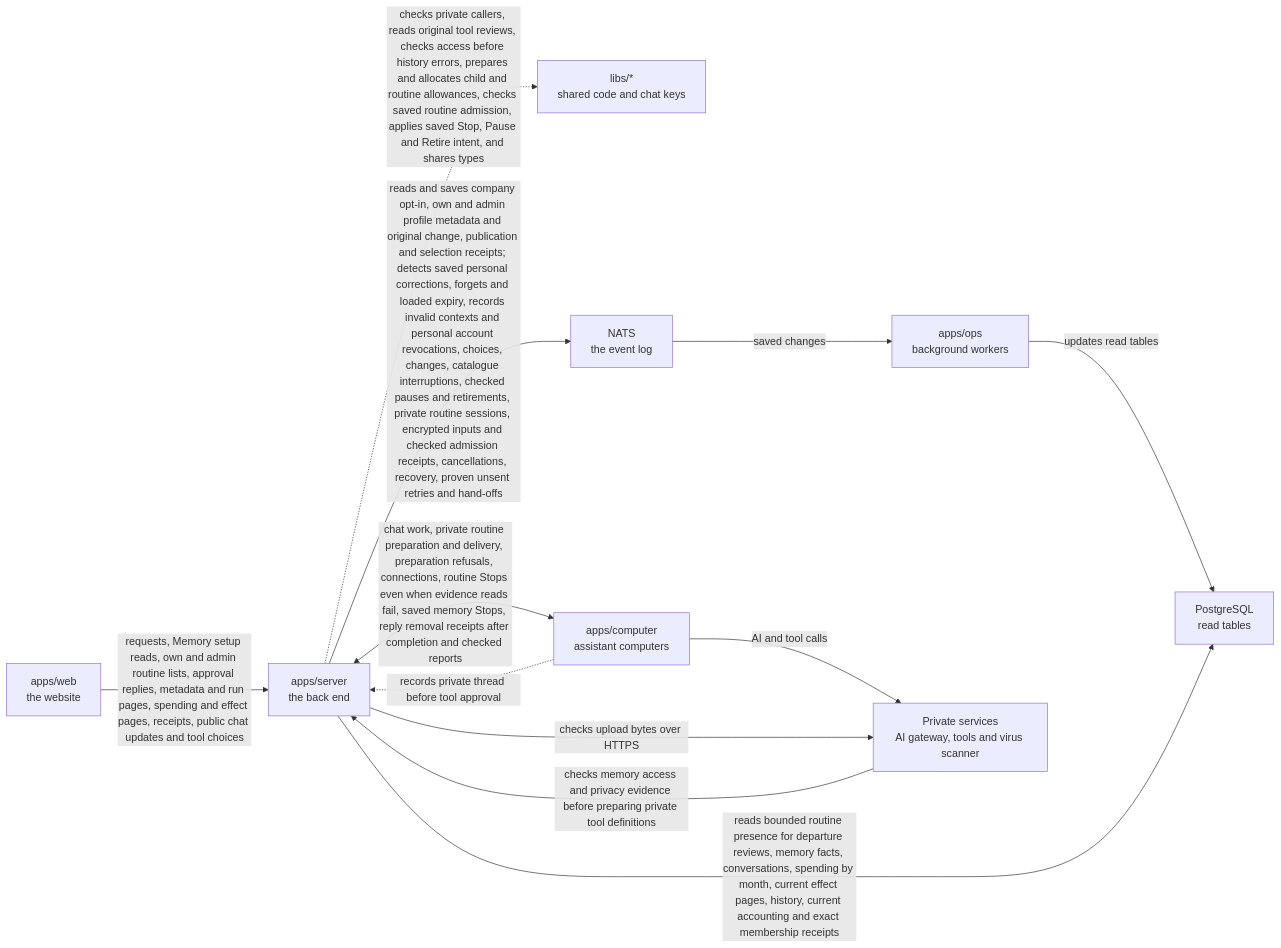
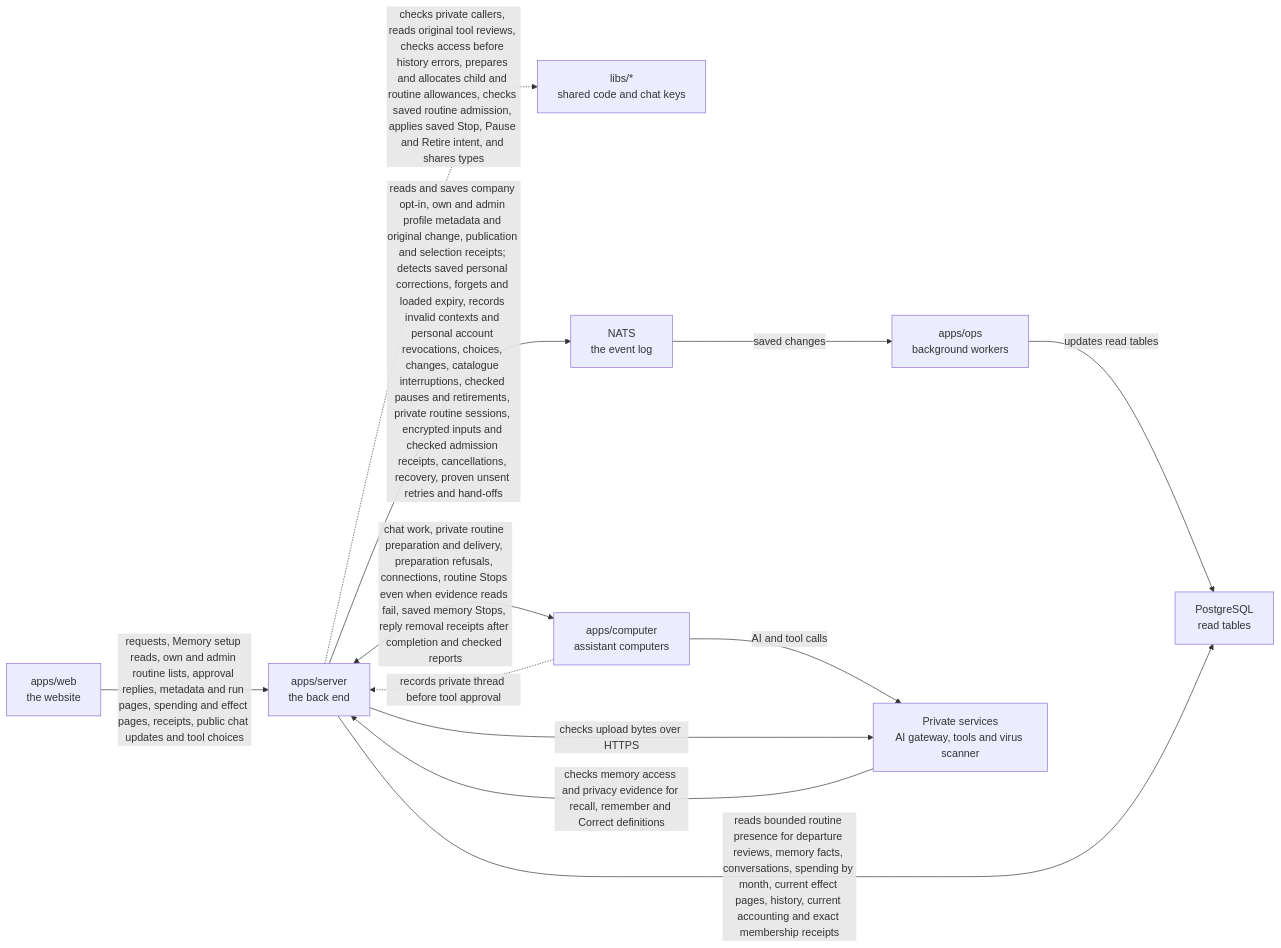
One commit to elewa-git/opencrane-new changed the diagram in apps/server/README.md. Above: the diagram before and after it, drawn with Mermaid. The commit also changed other lines of this file and 12 other files, not shown here.

````diff
--- a/apps/server/README.md
+++ b/apps/server/README.md
@@ -129,14 +129,14 @@
 ```mermaid
 flowchart LR
   web["apps/web<br/>the website"] -->|requests, Memory setup reads, own and admin routine lists, approval replies, metadata and run pages, spending and effect pages, receipts, public chat updates and tool choices| server["apps/server<br/>the back end"]
   server -.->|checks private callers, reads original tool reviews, checks access before history errors, prepares and allocates child and routine allowances, checks saved routine admission, applies saved Stop, Pause and Retire intent, and shares types| libs["libs/*<br/>shared code and chat keys"]
   server -->|reads and saves company opt-in, own and admin profile metadata and original change, publication and selection receipts; detects saved personal corrections, forgets and loaded expiry, records invalid contexts and personal account revocations, choices, changes, catalogue interruptions, checked pauses and retirements, private routine sessions, encrypted inputs and checked admission receipts, cancellations, recovery, proven unsent retries and hand-offs| nats["NATS<br/>the event log"]
   nats -->|saved changes| ops["apps/ops<br/>background workers"]
   ops -->|updates read tables| postgres["PostgreSQL<br/>read tables"]
   server -->|reads bounded routine presence for departure reviews, memory facts, conversations, spending by month, current effect pages, history, current accounting and exact membership receipts| postgres
   server <-->|chat work, private routine preparation and delivery, preparation refusals, connections, routine Stops even when evidence reads fail, saved memory Stops, reply removal receipts after completion and checked reports| computer["apps/computer<br/>assistant computers"]
   computer -.->|records private thread before tool approval| server
   computer -->|AI and tool calls| runtime["Private services<br/>AI gateway, tools and virus scanner"]
   server -->|checks upload bytes over HTTPS| runtime
-  runtime -->|checks memory access and privacy evidence before preparing private tool definitions| server
+  runtime -->|checks memory access and privacy evidence for recall, remember and Correct definitions| server
 ```
````
